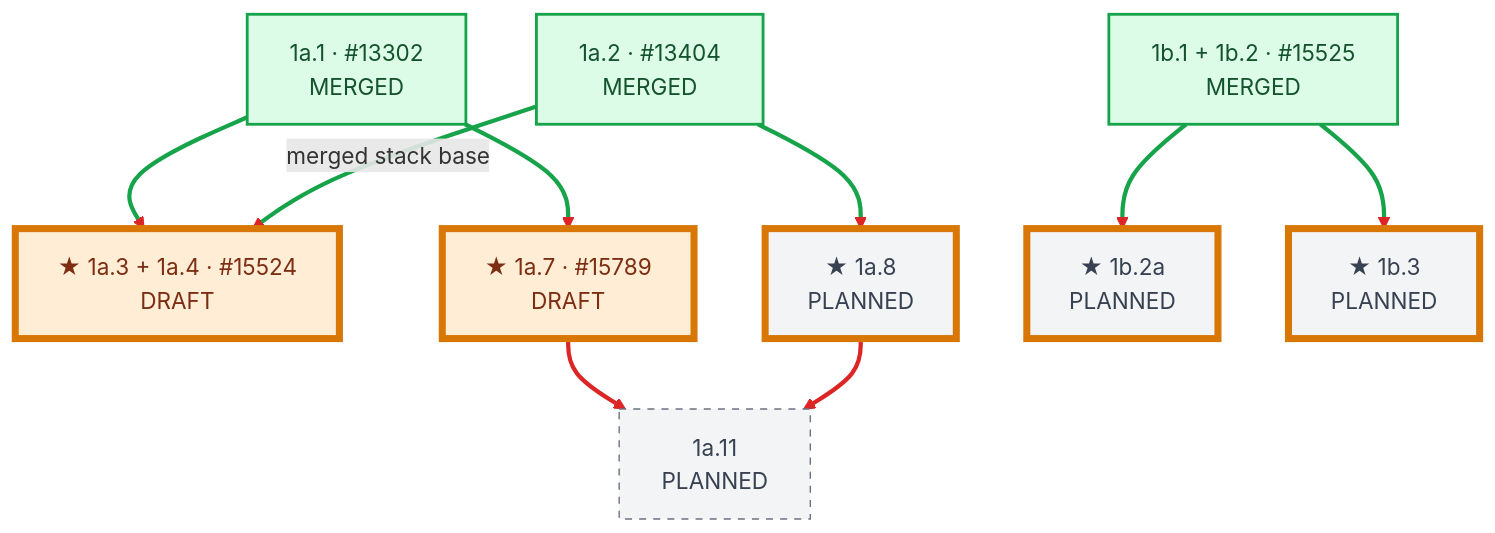
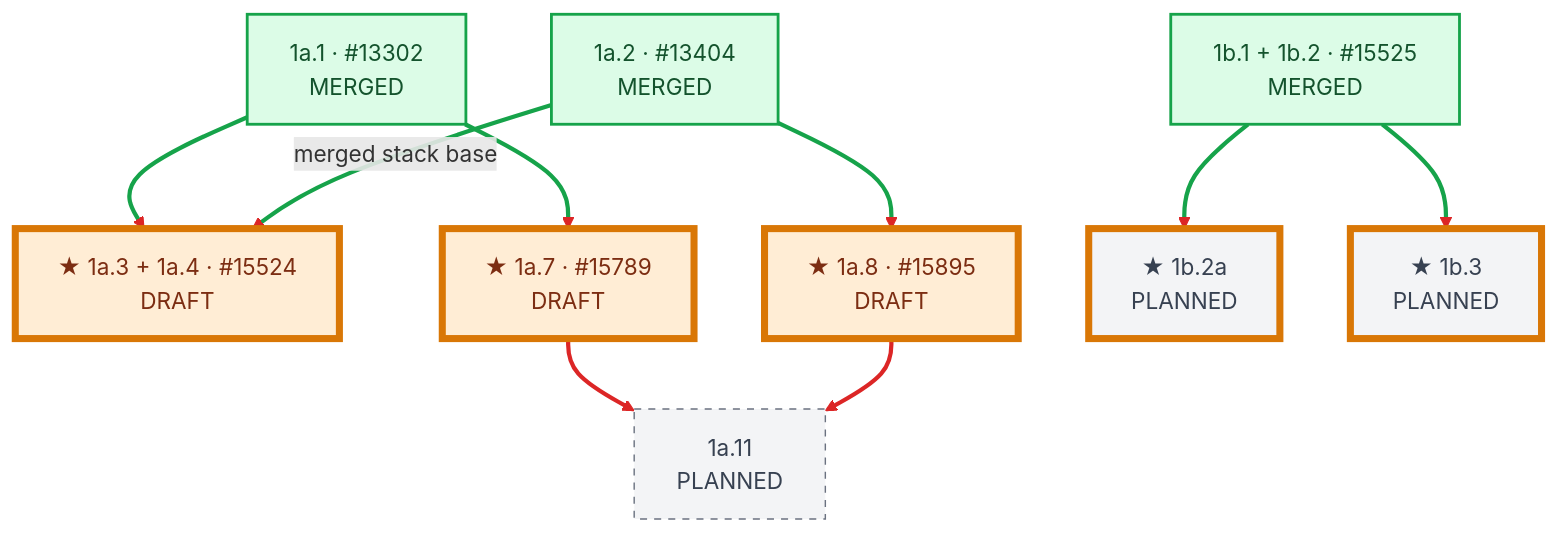
One commit to chienchunhung/TensorRT-LLM changed the third of 8 diagrams in docs/design/wide-ep-fault-tolerance/pr-execution/mvp-dependency-graph.md. Above: the diagram before and after it, drawn with Mermaid. The commit also changed other lines of this file and 7 other files, not shown here.

````diff
--- a/docs/design/wide-ep-fault-tolerance/pr-execution/mvp-dependency-graph.md
+++ b/docs/design/wide-ep-fault-tolerance/pr-execution/mvp-dependency-graph.md
@@ -270,35 +270,35 @@
 ```mermaid
 flowchart TB
     A1_1["1a.1 · #13302<br/>MERGED"]
     A1_2["1a.2 · #13404<br/>MERGED"]
     A1_34["★ 1a.3 + 1a.4 · #15524<br/>DRAFT"]
     A1_7["★ 1a.7 · #15789<br/>DRAFT"]
-    A1_8["★ 1a.8<br/>PLANNED"]
+    A1_8["★ 1a.8 · #15895<br/>DRAFT"]
     A1_11["1a.11<br/>PLANNED"]
     B1_12["1b.1 + 1b.2 · #15525<br/>MERGED"]
     B1_2A["★ 1b.2a<br/>PLANNED"]
     B1_3["★ 1b.3<br/>PLANNED"]
 
     A1_1 --> A1_34
     A1_2 -->|merged stack base| A1_34
     A1_1 --> A1_7
     A1_2 --> A1_8
     B1_12 --> B1_2A
     B1_12 --> B1_3
     A1_7 --> A1_11
     A1_8 --> A1_11
 
     linkStyle default stroke:#dc2626,stroke-width:3px;
     linkStyle 0,1,2,3,4,5 stroke:#16a34a,stroke-width:3px;
 
     classDef merged fill:#dcfce7,stroke:#16a34a,color:#14532d,stroke-width:2px;
     classDef draft fill:#ffedd5,stroke:#f97316,color:#7c2d12,stroke-width:2px;
     classDef reviewing fill:#dbeafe,stroke:#2563eb,color:#1e3a8a,stroke-width:2px;
     classDef planned fill:#f3f4f6,stroke:#6b7280,color:#374151,stroke-dasharray:5 5;
     classDef candidate stroke:#d97706,stroke-width:5px,stroke-dasharray:0;
 
     class A1_1,A1_2,B1_12 merged;
-    class A1_34,A1_7 draft;
-    class A1_8,A1_11,B1_2A,B1_3 planned;
+    class A1_34,A1_7,A1_8 draft;
+    class A1_11,B1_2A,B1_3 planned;
     class A1_34,A1_7,A1_8,B1_2A,B1_3 candidate;
 ```
````
